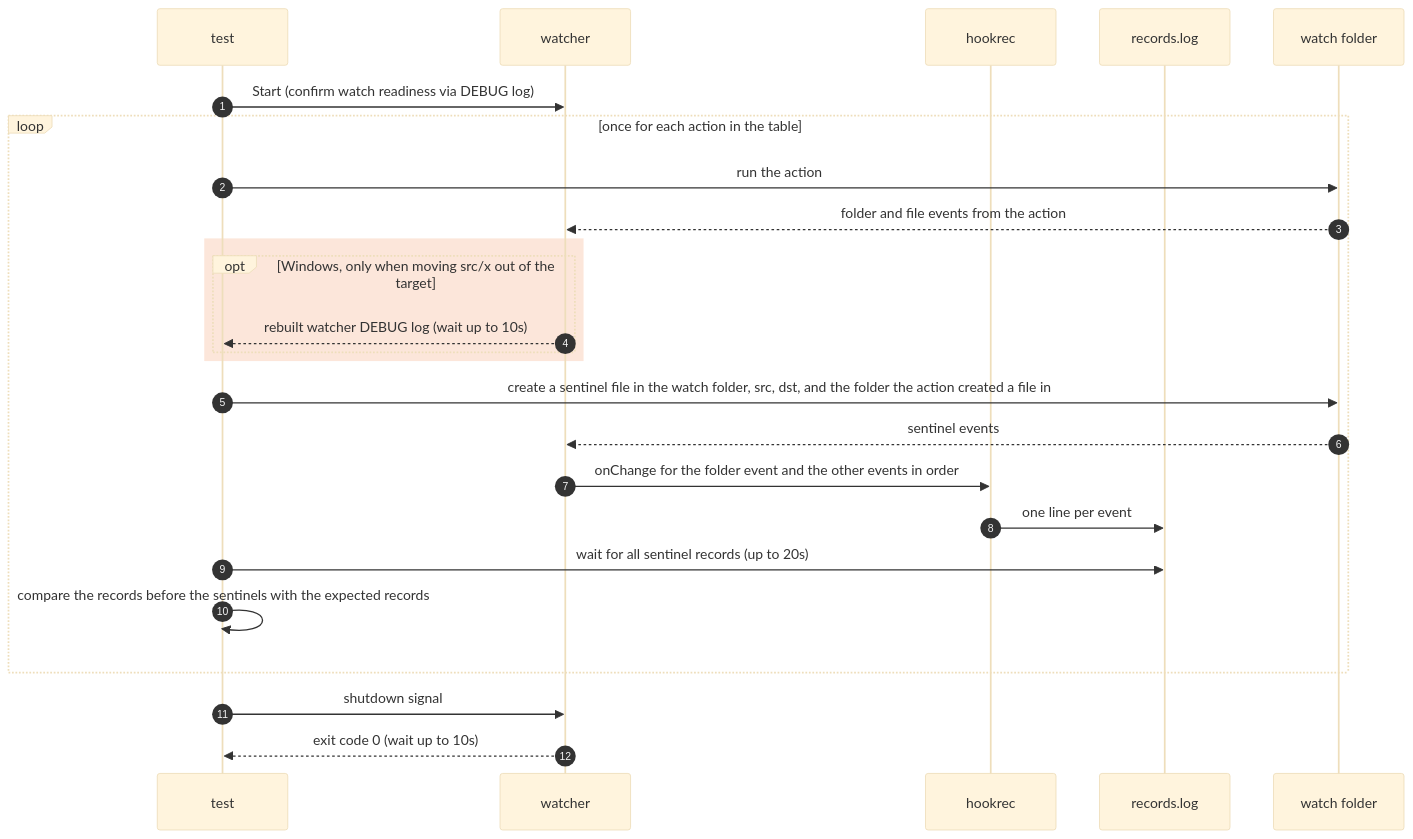
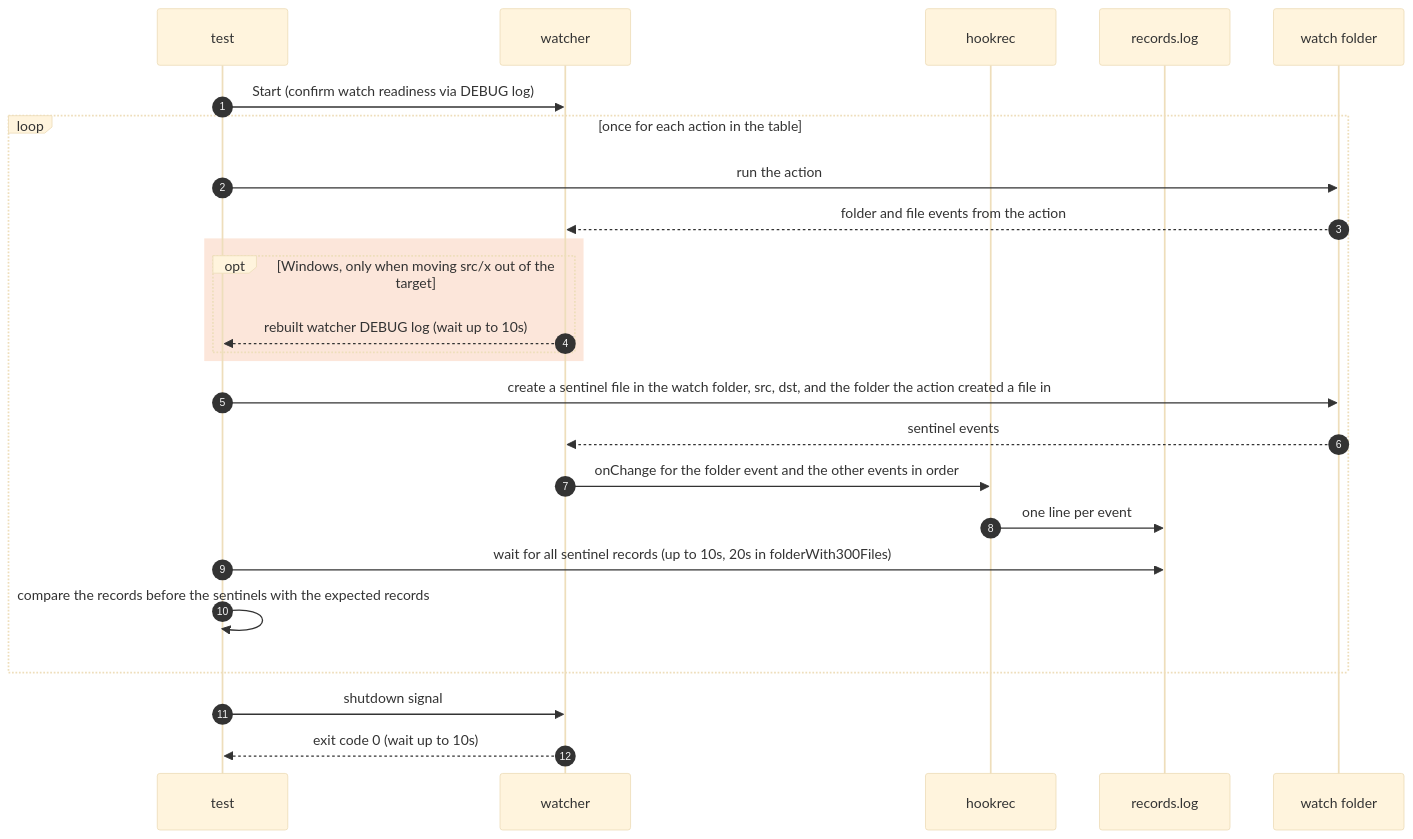
One commit to seungyeop-lee/directory-watcher changed the diagram in e2e/docs/scenarios/folder-events.md. Above: the diagram before and after it, drawn with Mermaid (base theme). The commit also changed other lines of this file and 2 other files, not shown here.

First line of the commit message:
test: 폴더 이벤트 E2E에서 파일 300개 단계를 하위 테스트로 나눔

````diff
--- a/e2e/docs/scenarios/folder-events.md
+++ b/e2e/docs/scenarios/folder-events.md
@@ -52,27 +64,27 @@
 ```mermaid
 sequenceDiagram
     autonumber
     participant testCode as test
     participant watcherProc as watcher
     participant hookRec as hookrec
     participant recordFile as records.log
     participant watchDir as watch folder
     testCode->>watcherProc: Start (confirm watch readiness via DEBUG log)
     loop once for each action in the table
         testCode->>watchDir: run the action
         watchDir-->>watcherProc: folder and file events from the action
         rect rgba(234, 88, 12, 0.15)
             opt Windows, only when moving src/x out of the target
                 watcherProc-->>testCode: rebuilt watcher DEBUG log (wait up to 10s)
             end
         end
         testCode->>watchDir: create a sentinel file in the watch folder, src, dst, and the folder the action created a file in
         watchDir-->>watcherProc: sentinel events
         watcherProc->>hookRec: onChange for the folder event and the other events in order
         hookRec->>recordFile: one line per event
-        testCode->>recordFile: wait for all sentinel records (up to 20s)
+        testCode->>recordFile: wait for all sentinel records (up to 10s, 20s in folderWith300Files)
         testCode->>testCode: compare the records before the sentinels with the expected records
     end
     testCode->>watcherProc: shutdown signal
     watcherProc-->>testCode: exit code 0 (wait up to 10s)
 ```
````
